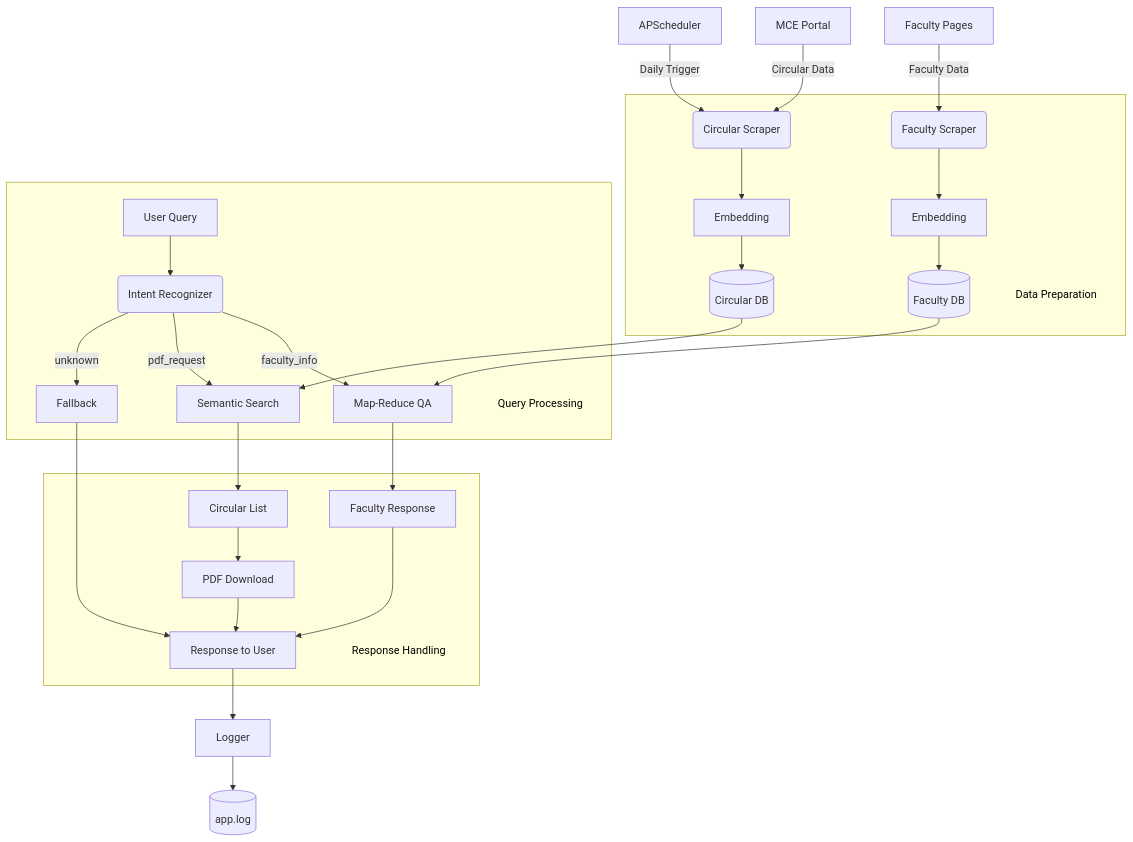
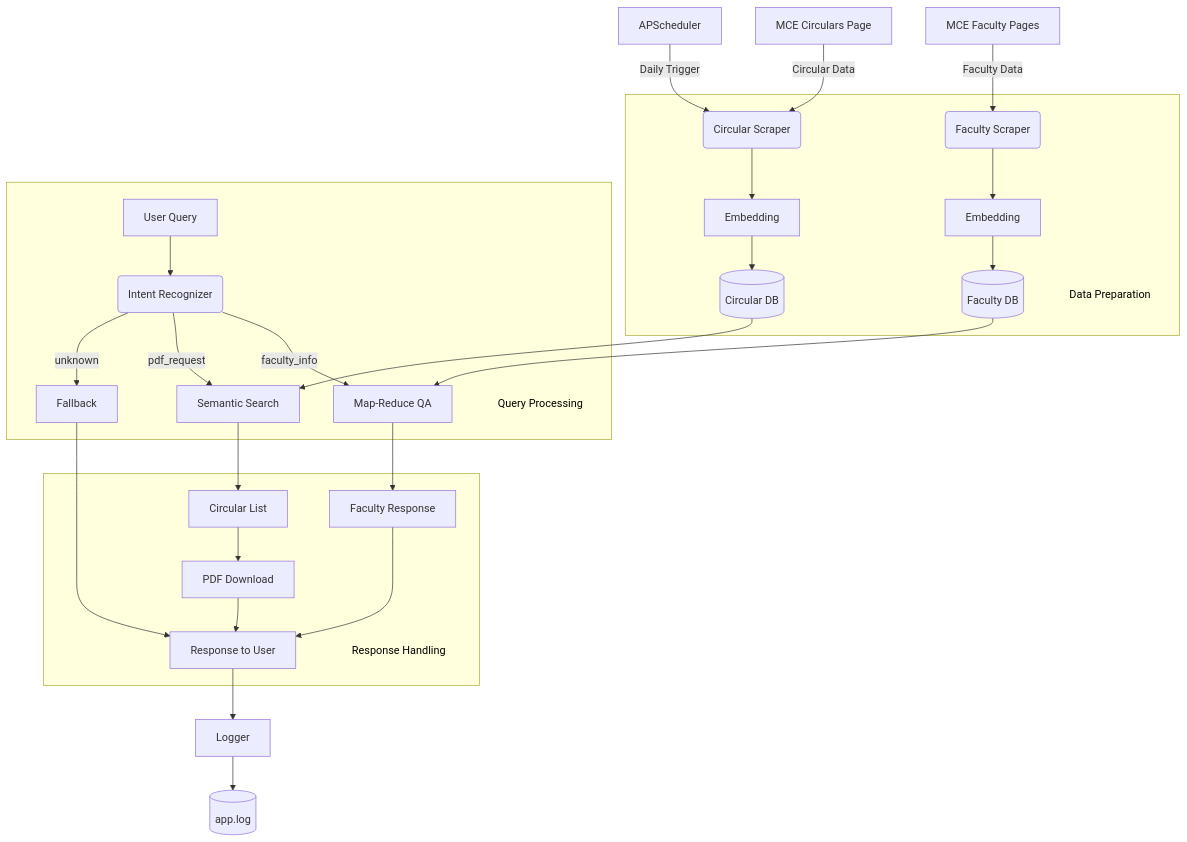
One commit to aappu-hp/NovaCite changed the diagram in README.md. Above: the diagram before and after it, drawn with Mermaid.

Commit message:
feat: Added Architecture Diagram

````diff
--- a/README.md
+++ b/README.md
@@ -33,46 +33,46 @@
 ```mermaid
 graph TD
     %% ===== DATA SOURCES =====
-    MCE[MCE Portal] -->|Circular Data| CS
-    FAC[Faculty Pages] -->|Faculty Data| FS
+    MCE[MCE Circulars Page] -->|Circular Data| CS
+    FAC[MCE Faculty Pages] -->|Faculty Data| FS
 
     %% ===== DATA PREPARATION =====
     subgraph DP[" "]
         FS(Faculty Scraper) --> FE[Embedding]
         CS(Circular Scraper) --> CE[Embedding]
         FE --> FDB[(Faculty DB)]
         CE --> CDB[(Circular DB)]
         DP_Title>Data Preparation]:::title
     end
 
     %% ===== USER INTERACTION =====
     subgraph QP[" "]
         U[User Query] --> IR(Intent Recognizer)
         IR -->|faculty_info| QA[Map-Reduce QA]
         IR -->|pdf_request| SS[Semantic Search]
         IR -->|unknown| FB[Fallback]
         FDB --> QA
         CDB --> SS
         QP_Title>Query Processing]:::title
     end
 
     %% ===== RESPONSE GENERATION =====
     subgraph RH[" "]
         QA --> FR[Faculty Response]
         SS --> CL[Circular List]
         CL --> PD[PDF Download]
         FR & PD & FB --> R[Response to User]
         RH_Title>Response Handling]:::title
     end
 
     %% ===== LOGGING =====
     R --> L[Logger]
     L --> APP[(app.log)]
 
     %% ===== AUTOMATION =====
     AP[APScheduler] -->|Daily Trigger| CS
 
     %% ===== STYLING =====
     classDef title fill:transparent, stroke:transparent, color:black, width:0, height:0, text-align:left;
     class DP_Title,QP_Title,RH_Title title;
 ```
````
